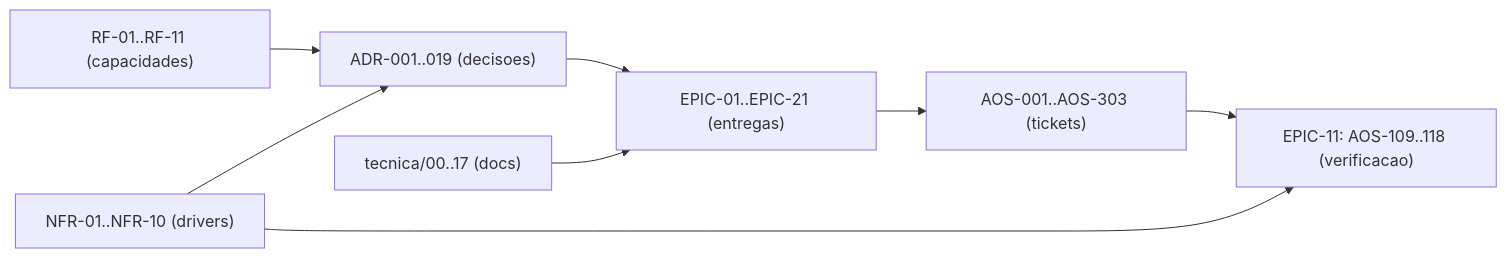
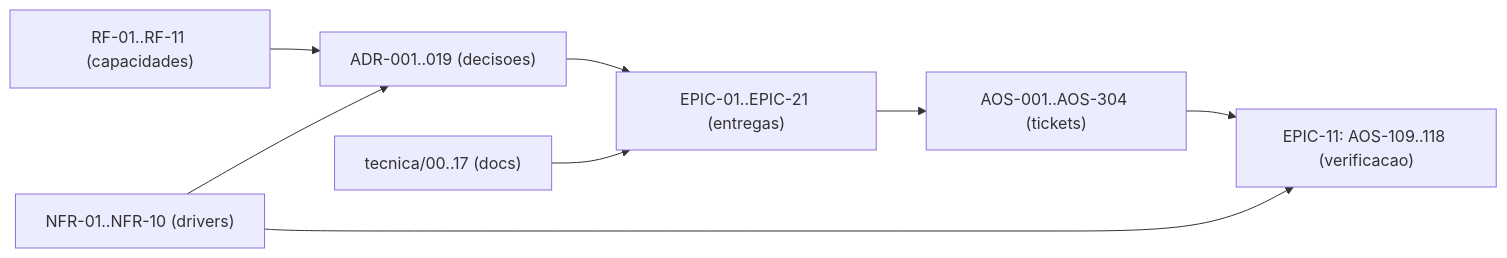
One commit to albinoJimy/aos changed the diagram in tecnica/16_Rastreabilidade_RTM.md. Above: the diagram before and after it, drawn with Mermaid. The commit also changed other lines of this file and 2 other files, not shown here.

First line of the commit message:
AOS-292 (AC2): o ciclo pause→steer→resume ganha teste ao vivo — escrito, NÃO CORRIDO

````diff
--- a/tecnica/16_Rastreabilidade_RTM.md
+++ b/tecnica/16_Rastreabilidade_RTM.md
@@ -172,10 +172,10 @@
 ```mermaid
 flowchart LR
     RF["RF-01..RF-11 (capacidades)"] --> ADR["ADR-001..019 (decisoes)"]
     NFR["NFR-01..NFR-10 (drivers)"] --> ADR
     ADR --> EPIC["EPIC-01..EPIC-21 (entregas)"]
-    EPIC --> TICK["AOS-001..AOS-303 (tickets)"]
+    EPIC --> TICK["AOS-001..AOS-304 (tickets)"]
     DOC["tecnica/00..17 (docs)"] --> EPIC
     TICK --> TEST["EPIC-11: AOS-109..118 (verificacao)"]
     NFR --> TEST
 ```
````
